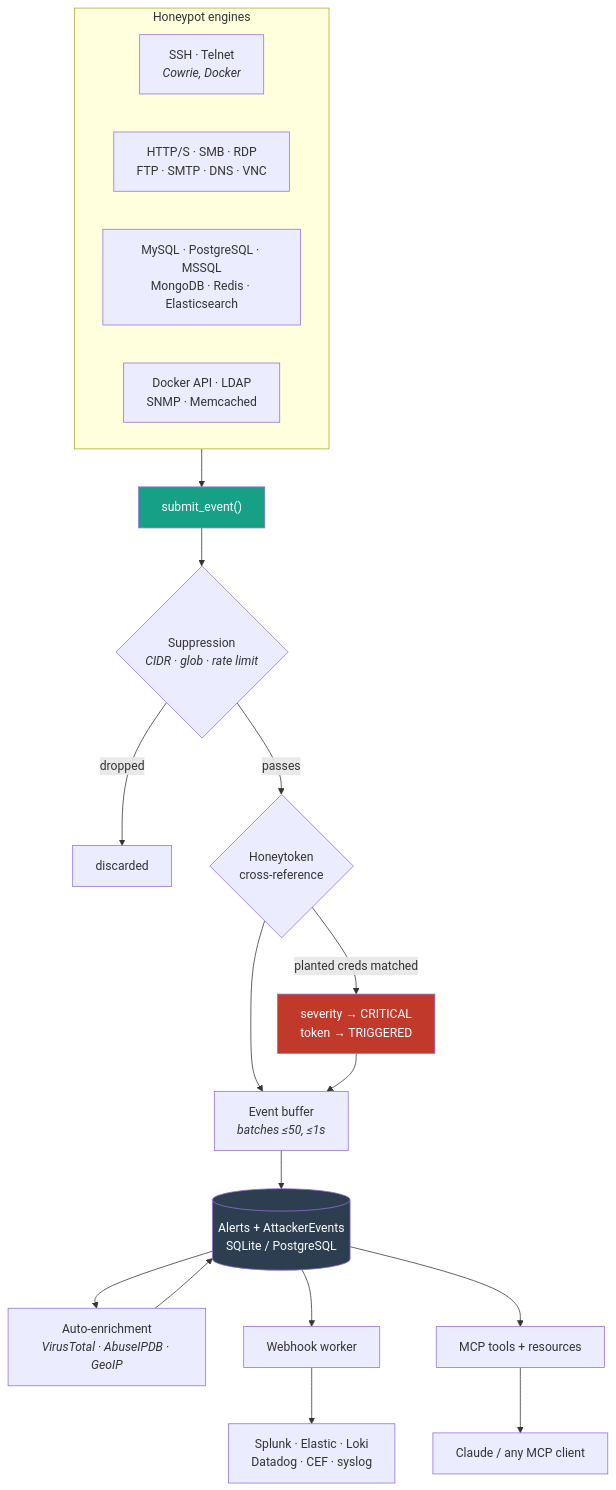
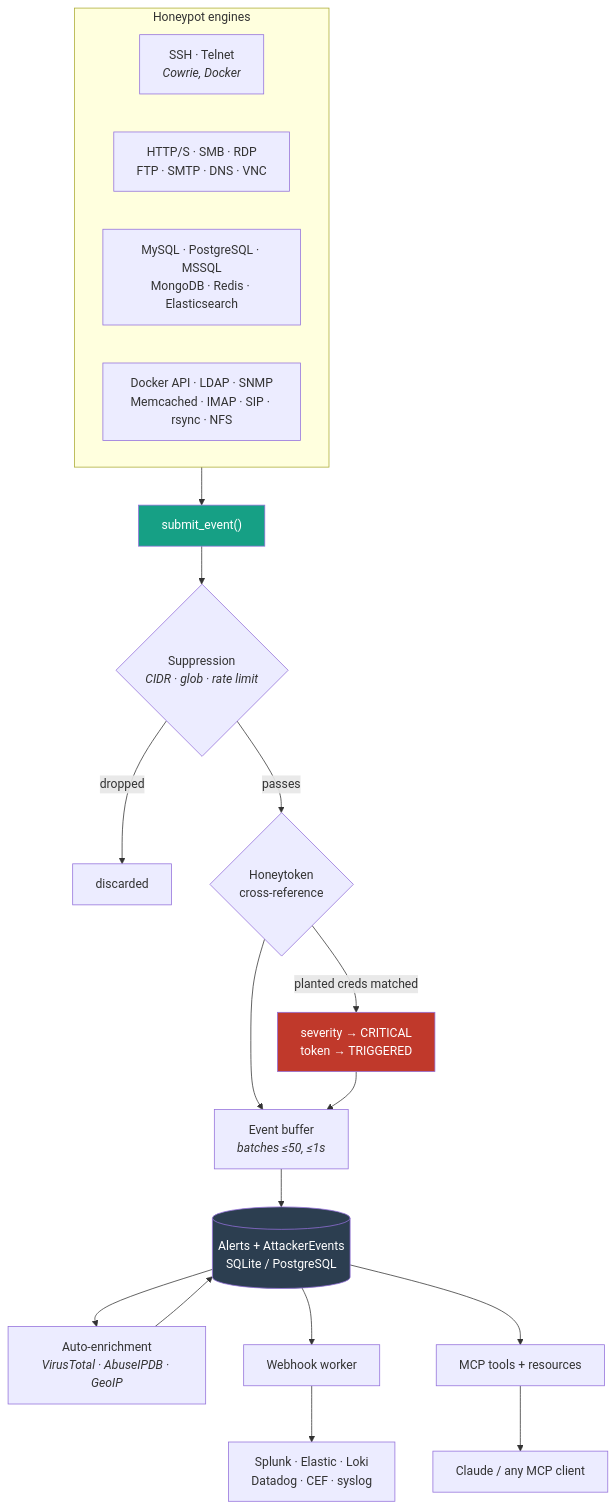
The diagram in README.md (tohudgins/HoneyPot-MCP), drawn with Mermaid before and after one commit. The commit also changed other lines of this file and 14 other files, not shown here.

First line of the commit message:
Add IMAP, SIP, rsync and NFS honeypots

````diff
--- a/README.md
+++ b/README.md
@@ -88,29 +88,29 @@
 ```mermaid
 flowchart TD
     subgraph E["Honeypot engines"]
         direction LR
         E1["SSH · Telnet<br/><i>Cowrie, Docker</i>"]
         E2["HTTP/S · SMB · RDP<br/>FTP · SMTP · DNS · VNC"]
         E3["MySQL · PostgreSQL · MSSQL<br/>MongoDB · Redis · Elasticsearch"]
-        E4["Docker API · LDAP<br/>SNMP · Memcached"]
+        E4["Docker API · LDAP · SNMP<br/>Memcached · IMAP · SIP · rsync · NFS"]
     end
 
     E --> SUB["submit_event()"]
     SUB --> SUP{"Suppression<br/><i>CIDR · glob · rate limit</i>"}
     SUP -->|dropped| X["discarded"]
     SUP -->|passes| CM{"Honeytoken<br/>cross-reference"}
     CM -->|planted creds matched| CRIT["severity → CRITICAL<br/>token → TRIGGERED"]
     CM --> BUF["Event buffer<br/><i>batches ≤50, ≤1s</i>"]
     CRIT --> BUF
     BUF --> DB[("Alerts + AttackerEvents<br/>SQLite / PostgreSQL")]
     DB --> ENR["Auto-enrichment<br/><i>VirusTotal · AbuseIPDB · GeoIP</i>"]
     ENR --> DB
     DB --> WH["Webhook worker"]
     WH --> SIEM["Splunk · Elastic · Loki<br/>Datadog · CEF · syslog"]
     DB --> MCP["MCP tools + resources"]
     MCP --> CLIENT["Claude / any MCP client"]
 
     style CRIT fill:#c0392b,color:#fff
     style DB fill:#2c3e50,color:#fff
     style SUB fill:#16a085,color:#fff
 ```
````
